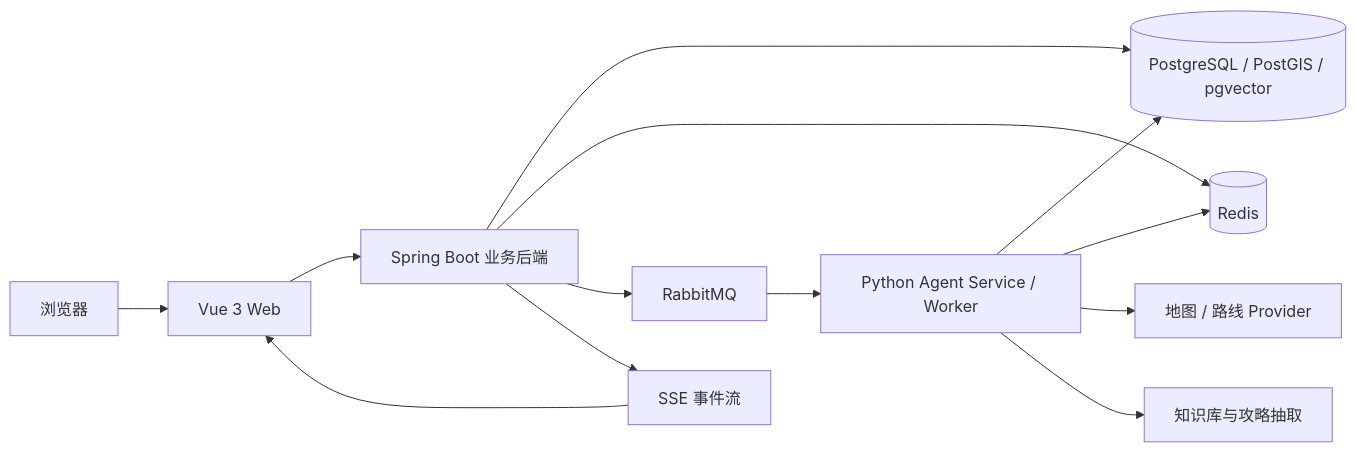
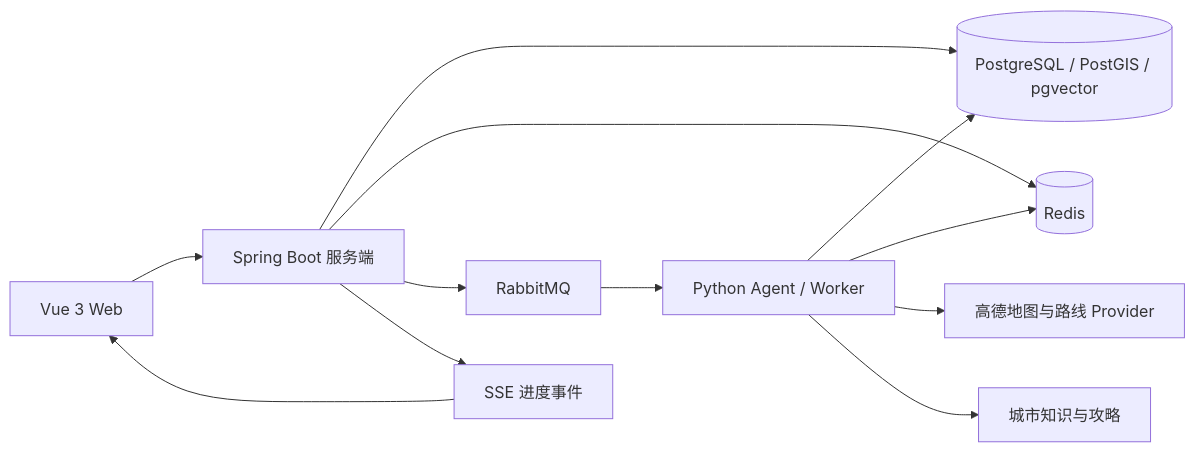
The diagram in README.md (tobehardoo/trip-pilot-agent), drawn with Mermaid before and after one commit. The commit also changed other lines of this file, not shown here.

````diff
--- a/README.md
+++ b/README.md
@@ -22,15 +20,14 @@
 ```mermaid
 flowchart LR
-    U["浏览器"] --> W["Vue 3 Web"]
-    W --> J["Spring Boot 业务后端"]
-    J --> P[("PostgreSQL / PostGIS / pgvector")]
-    J --> R[("Redis")]
-    J --> Q["RabbitMQ"]
-    J --> S["SSE 事件流"]
-    Q --> A["Python Agent Service / Worker"]
-    A --> P
-    A --> R
-    A --> M["地图 / 路线 Provider"]
-    A --> K["知识库与攻略抽取"]
-    S --> W
+    Browser["Vue 3 Web"] --> Server["Spring Boot 服务端"]
+    Server --> Database[("PostgreSQL / PostGIS / pgvector")]
+    Server --> Cache[("Redis")]
+    Server --> Queue["RabbitMQ"]
+    Server --> Events["SSE 进度事件"]
+    Queue --> Agent["Python Agent / Worker"]
+    Agent --> Database
+    Agent --> Cache
+    Agent --> Provider["高德地图与路线 Provider"]
+    Agent --> Knowledge["城市知识与攻略"]
+    Events --> Browser
 ```
````
